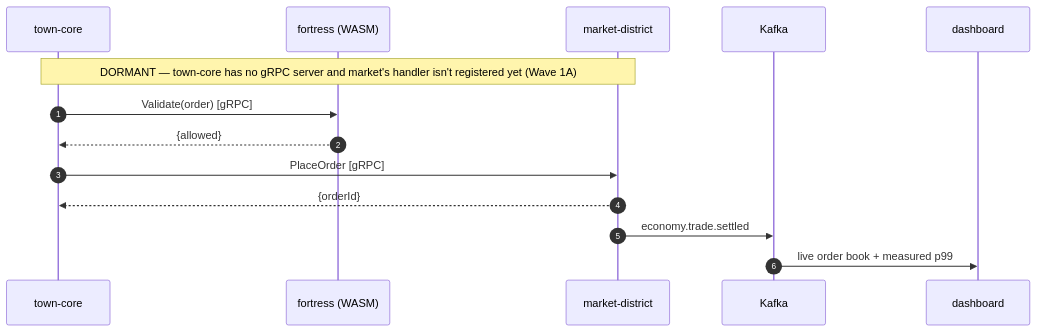
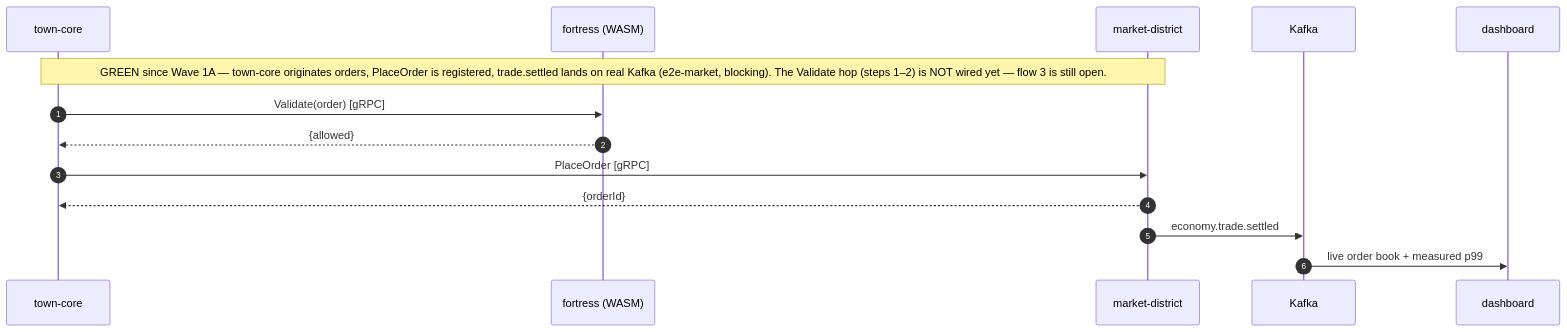
One commit to kbadinger/qtown changed the third of 4 diagrams in docs/architecture.md. Above: the diagram before and after it, drawn with Mermaid. The commit also changed other lines of this file and 4 other files, not shown here.

````diff
--- a/docs/architecture.md
+++ b/docs/architecture.md
@@ -133,16 +148,16 @@
 ```mermaid
 sequenceDiagram
   autonumber
   participant TC as town-core
   participant FT as fortress (WASM)
   participant MK as market-district
   participant KF as Kafka
   participant DB as dashboard
-  Note over TC,MK: DORMANT — town-core has no gRPC server and market's handler isn't registered yet (Wave 1A)
+  Note over TC,MK: GREEN since Wave 1A — town-core originates orders, PlaceOrder is registered, trade.settled lands on real Kafka (e2e-market, blocking). The Validate hop (steps 1–2) is NOT wired yet — flow 3 is still open.
   TC->>FT: Validate(order) [gRPC]
   FT-->>TC: {allowed}
   TC->>MK: PlaceOrder [gRPC]
   MK-->>TC: {orderId}
   MK->>KF: economy.trade.settled
   KF->>DB: live order book + measured p99
 ```
````
